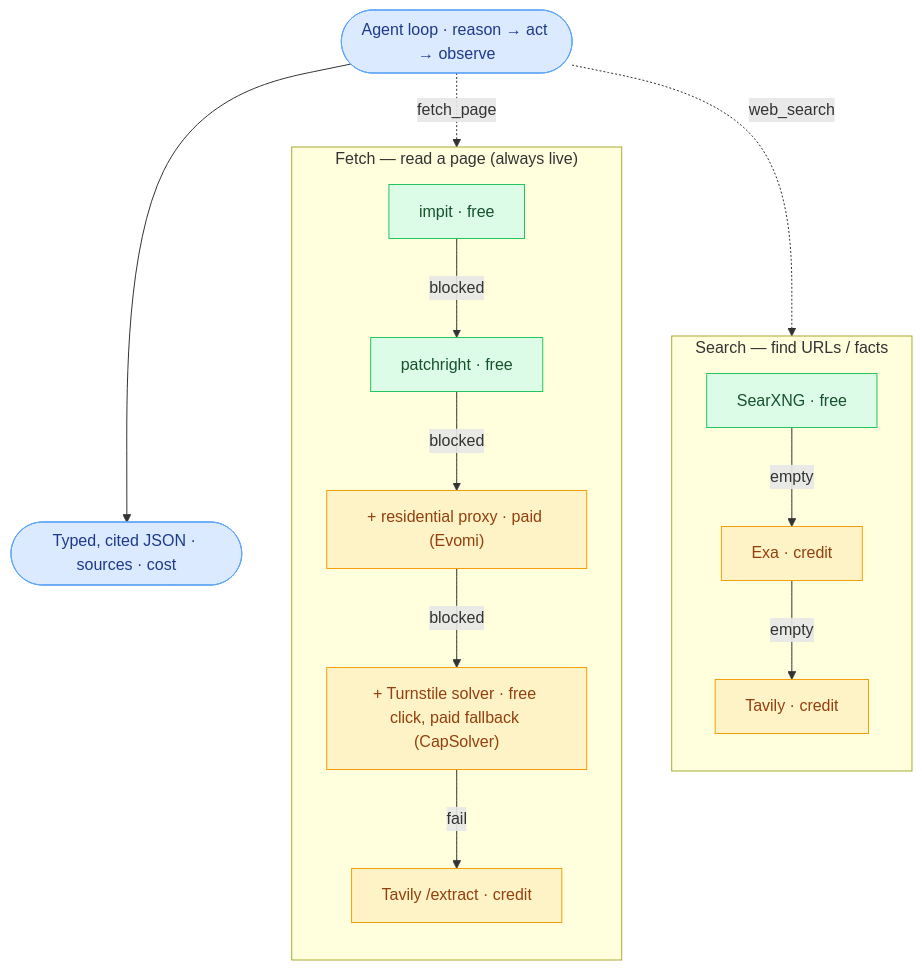
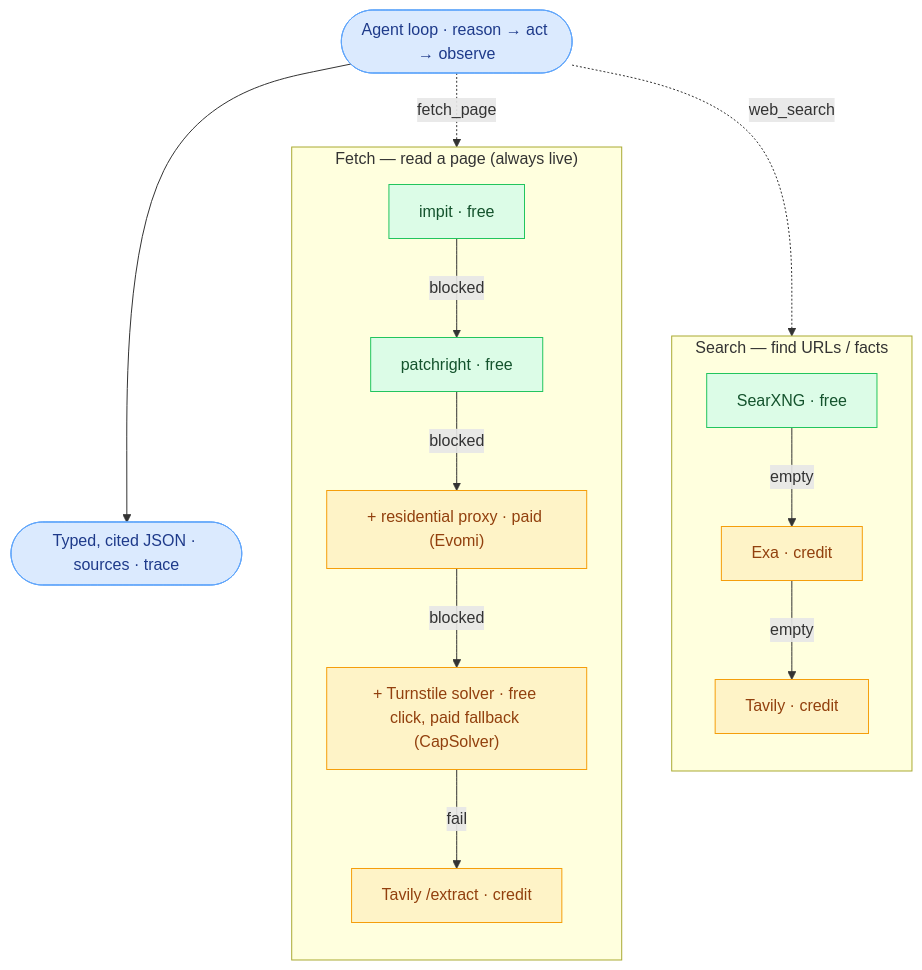
The diagram in README.md (simonbalfe/openclaygent), drawn with Mermaid before and after one commit. The commit also changed other lines of this file and 75 other files, not shown here.

````diff
--- a/README.md
+++ b/README.md
@@ -29,23 +29,23 @@
 ```mermaid
 flowchart TB
-  A(["Agent loop · reason → act → observe"]) --> OUT(["Typed, cited JSON · sources · cost"])
+  A(["Agent loop · reason → act → observe"]) --> OUT(["Typed, cited JSON · sources · trace"])
   A -. web_search .-> S1
   A -. fetch_page .-> F1
 
   subgraph SEARCH ["Search — find URLs / facts"]
     direction TB
     S1["SearXNG · free"] -->|empty| S2["Exa · credit"] -->|empty| S3["Tavily · credit"]
   end
 
   subgraph FETCH ["Fetch — read a page (always live)"]
     direction TB
     F1["impit · free"] -->|blocked| F2["patchright · free"] -->|blocked| F3["+ residential proxy · paid (Evomi)"] -->|blocked| F4["+ Turnstile solver · free click, paid fallback (CapSolver)"] -->|fail| F5["Tavily /extract · credit"]
   end
 
   classDef io fill:#dbeafe,stroke:#60a5fa,color:#1e3a8a;
   classDef free fill:#dcfce7,stroke:#22c55e,color:#14532d;
   classDef paid fill:#fef3c7,stroke:#f59e0b,color:#92400e;
   class A,OUT io
   class S1,F1,F2 free
   class S2,S3,F3,F4,F5 paid
 ```
````
